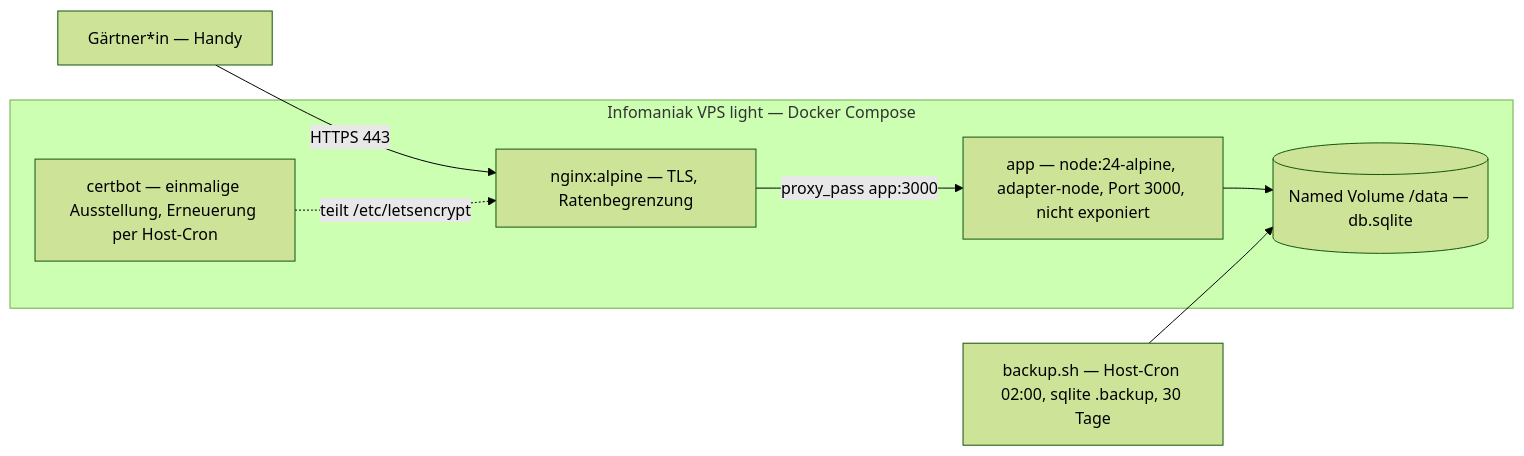
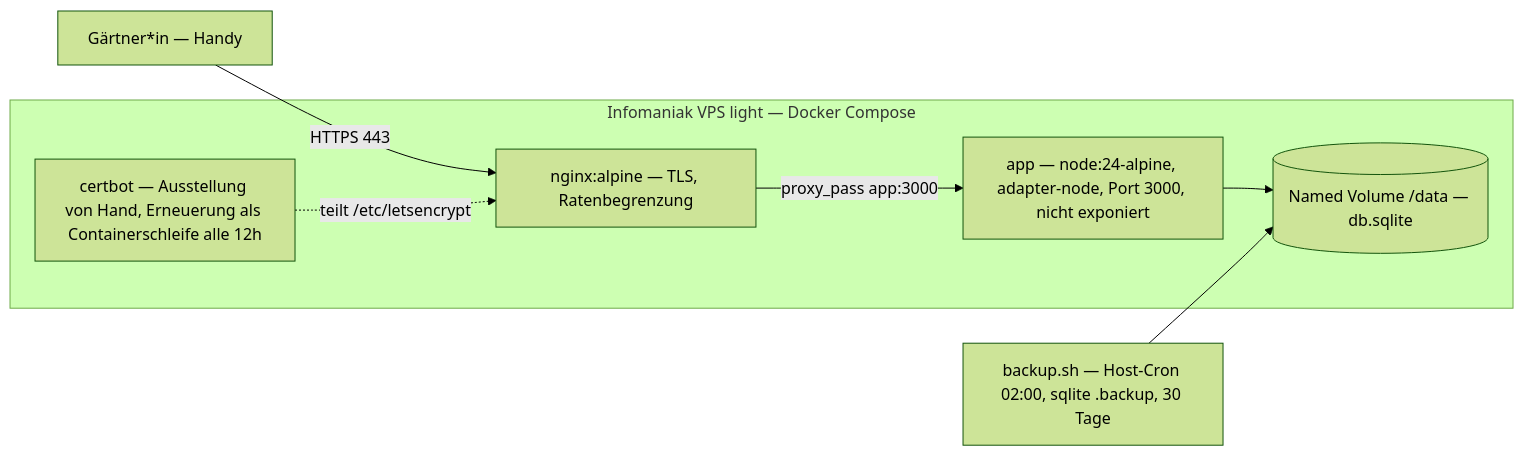
One commit to mororu/gardenplanner changed the third of 3 diagrams in _bmad-output/planning-artifacts/architecture/architecture-Gartenplaner-2026-08-26/ARCHITECTURE-SPINE.md. Above: the diagram before and after it, drawn with Mermaid (forest theme). The commit also changed other lines of this file and 2 other files, not shown here.

````diff
--- a/_bmad-output/planning-artifacts/architecture/architecture-Gartenplaner-2026-08-26/ARCHITECTURE-SPINE.md
+++ b/_bmad-output/planning-artifacts/architecture/architecture-Gartenplaner-2026-08-26/ARCHITECTURE-SPINE.md
@@ -230,14 +250,14 @@
 ```mermaid
 graph LR
     U["Gärtner*in — Handy"] -->|HTTPS 443| N
     subgraph VPS["Infomaniak VPS light — Docker Compose"]
         N["nginx:alpine — TLS, Ratenbegrenzung"]
         APP["app — node:24-alpine, adapter-node, Port 3000, nicht exponiert"]
-        CB["certbot — einmalige Ausstellung, Erneuerung per Host-Cron"]
+        CB["certbot — Ausstellung von Hand, Erneuerung als Containerschleife alle 12h"]
         V[("Named Volume /data — db.sqlite")]
         N -->|proxy_pass app:3000| APP
         APP --> V
         CB -.->|teilt /etc/letsencrypt| N
     end
     BK["backup.sh — Host-Cron 02:00, sqlite .backup, 30 Tage"] --> V
 ```
````
